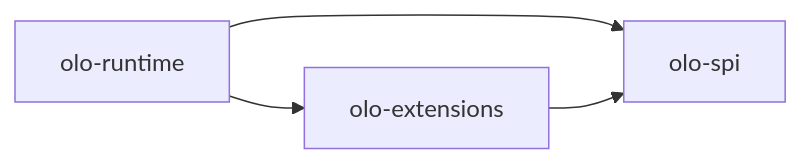
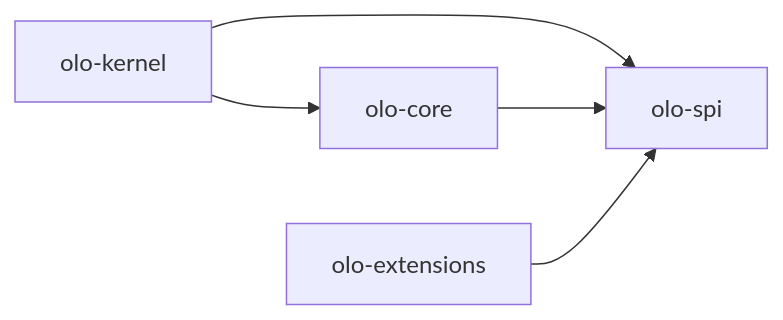
The diagram in olo-spi/docs/ARCHITECTURE.md (olo-labs/olo-mono), drawn with Mermaid before and after one commit. The commit also changed other lines of this file and 74 other files, not shown here.

````diff
--- a/olo-spi/docs/ARCHITECTURE.md
+++ b/olo-spi/docs/ARCHITECTURE.md
@@ -23,10 +23,12 @@
 ```mermaid
 flowchart LR
-    RT[olo-runtime]
+    KERNEL[olo-kernel]
     SPI[olo-spi]
+    CORE[olo-core]
     EXT[olo-extensions]
 
-    RT --> SPI
+    KERNEL --> SPI
+    KERNEL --> CORE
+    CORE --> SPI
     EXT --> SPI
-    RT --> EXT
 ```
````
